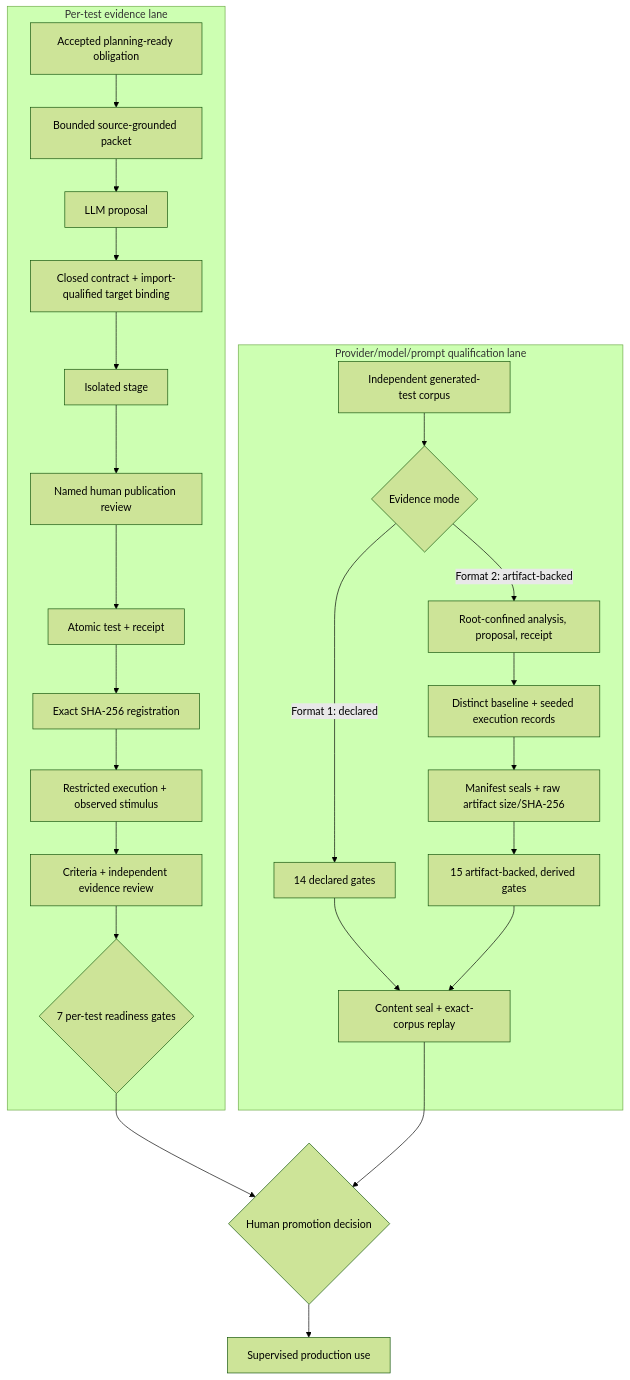
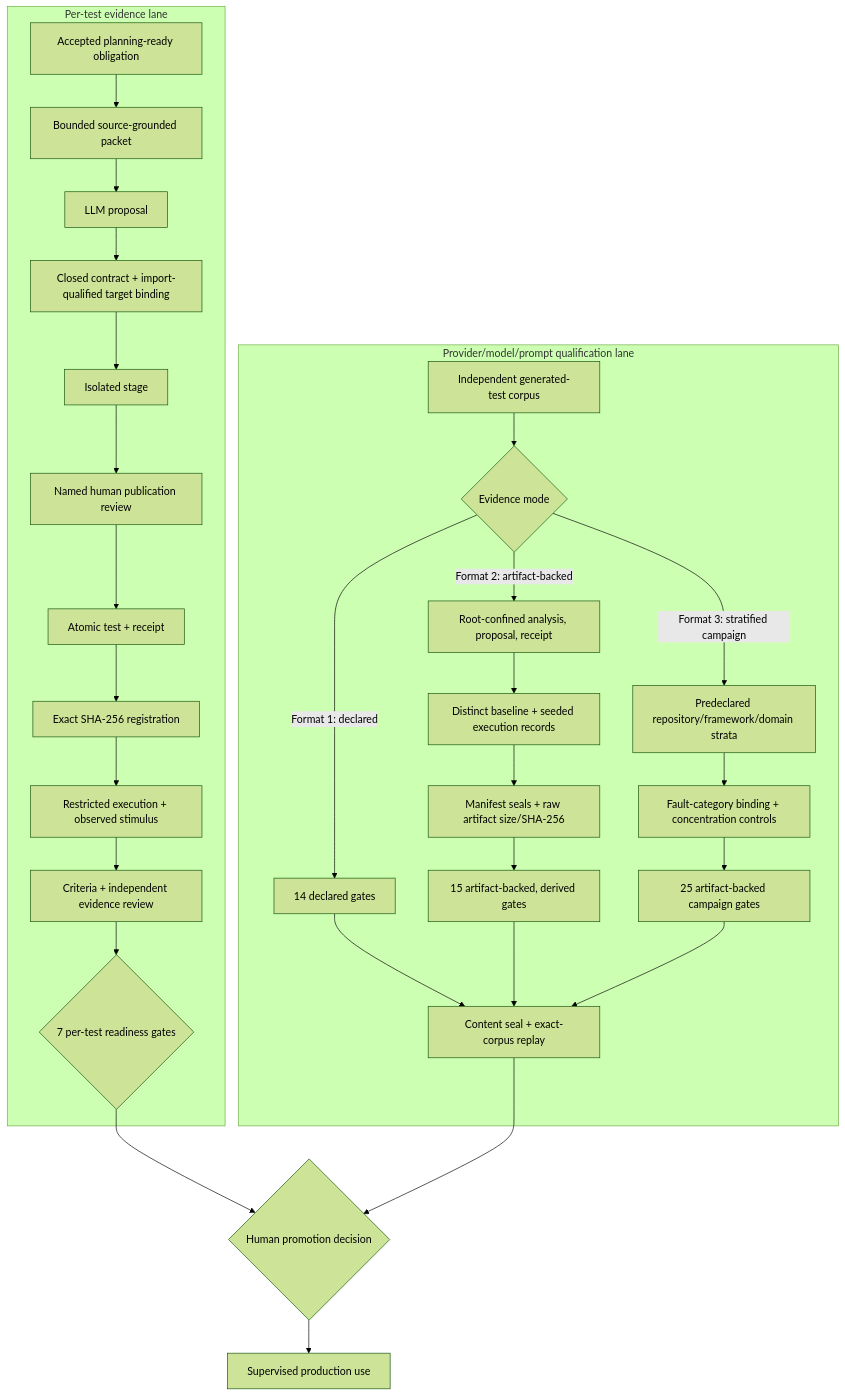
The third of 4 diagrams in README.md (willtran87/project-py-sfmea), drawn with Mermaid (forest theme) before and after one commit. The commit also changed other lines of this file and 25 other files, not shown here.

````diff
--- a/README.md
+++ b/README.md
@@ -1730,28 +1737,32 @@
 ```mermaid
 flowchart TB
   subgraph TEST["Per-test evidence lane"]
     A["Accepted planning-ready obligation"] --> B["Bounded source-grounded packet"]
     B --> C["LLM proposal"]
     C --> D["Closed contract + import-qualified target binding"]
     D --> E["Isolated stage"]
     E --> F["Named human publication review"]
     F --> G["Atomic test + receipt"]
     G --> H["Exact SHA-256 registration"]
     H --> I["Restricted execution + observed stimulus"]
     I --> J["Criteria + independent evidence review"]
     J --> K{"7 per-test readiness gates"}
   end
   subgraph MODEL["Provider/model/prompt qualification lane"]
     Q["Independent generated-test corpus"] --> QMODE{"Evidence mode"}
     QMODE -- "Format 1: declared" --> Q14["14 declared gates"]
     QMODE -- "Format 2: artifact-backed" --> QART["Root-confined analysis, proposal, receipt"]
+    QMODE -- "Format 3: stratified campaign" --> QSTRAT["Predeclared repository/framework/domain strata"]
     QART --> QEXE["Distinct baseline + seeded execution records"]
     QEXE --> QRAW["Manifest seals + raw artifact size/SHA-256"]
     QRAW --> Q15["15 artifact-backed, derived gates"]
+    QSTRAT --> QFAULT["Fault-category binding + concentration controls"]
+    QFAULT --> Q25["25 artifact-backed campaign gates"]
     Q14 --> QREPLAY["Content seal + exact-corpus replay"]
     Q15 --> QREPLAY
+    Q25 --> QREPLAY
   end
   K --> P{"Human promotion decision"}
   QREPLAY --> P
   P --> U["Supervised production use"]
 ```
````
